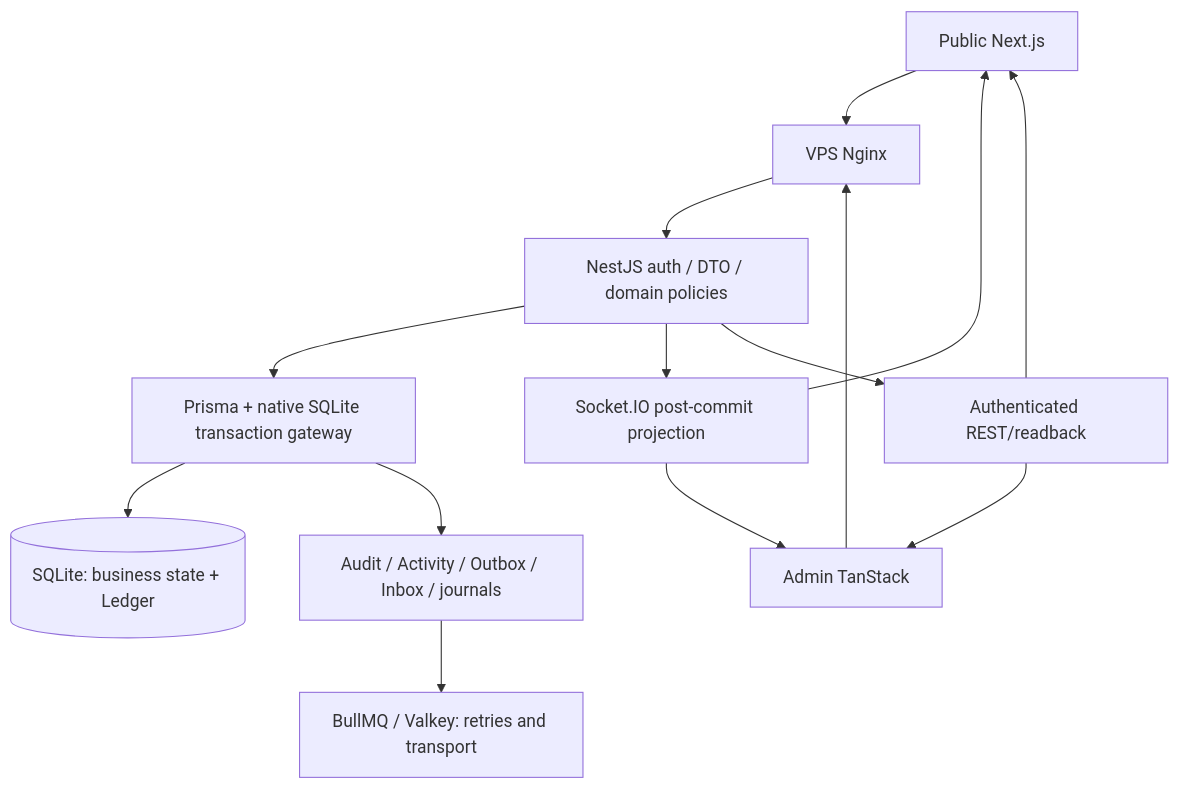
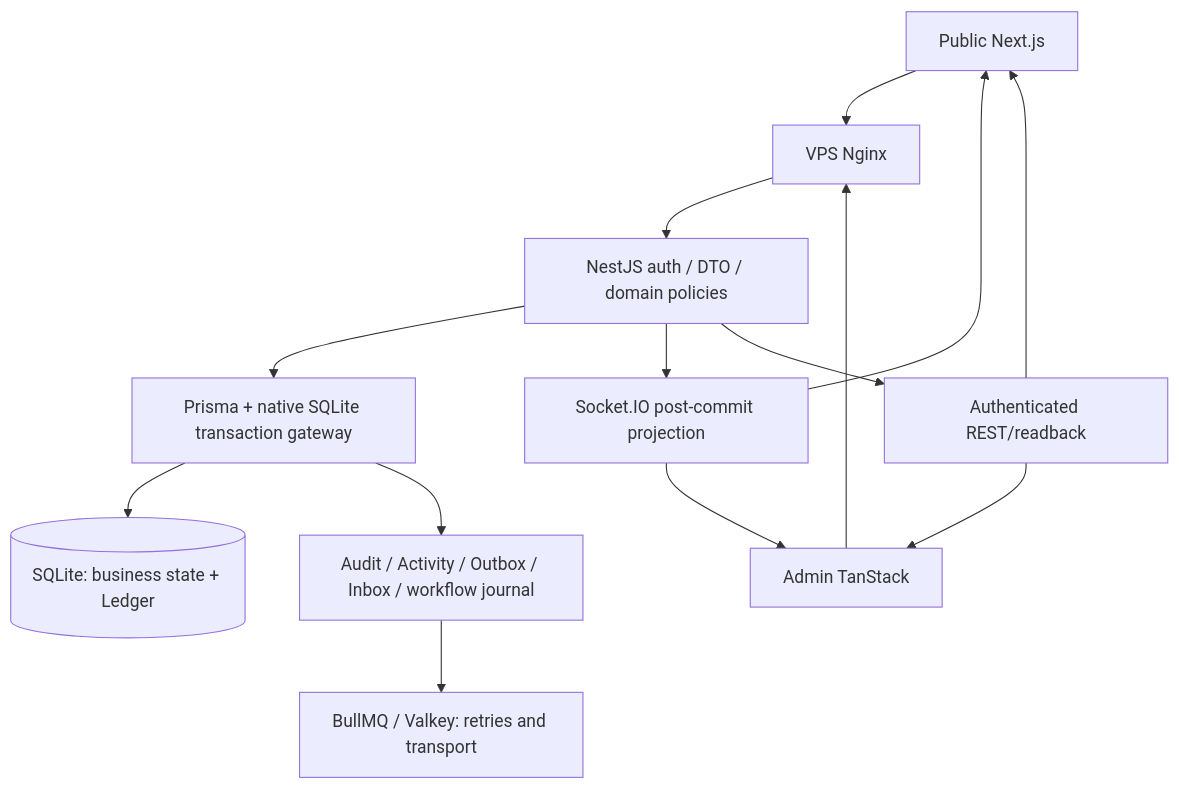
One commit to Mellonelay/Nexi changed the first of 11 diagrams in docs/architecture/NEXI_SYSTEM_ARCHITECTURE.md. Above: the diagram before and after it, drawn with Mermaid. The commit also changed other lines of this file and 6 other files, not shown here.

Commit message:
docs(nexi): reconcile product authority and source-backed architecture

````diff
--- a/docs/architecture/NEXI_SYSTEM_ARCHITECTURE.md
+++ b/docs/architecture/NEXI_SYSTEM_ARCHITECTURE.md
@@ -16,16 +36,16 @@
 ```mermaid
 flowchart TD
  P[Public Next.js] --> N[VPS Nginx]
  A[Admin TanStack] --> N
  N --> API[NestJS auth / DTO / domain policies]
  API --> TX[Prisma + native SQLite transaction gateway]
  TX --> DB[(SQLite: business state + Ledger)]
- TX --> O[Audit / Activity / Outbox / Inbox / journals]
+ TX --> O[Audit / Activity / Outbox / Inbox / workflow journal]
  O --> Q[BullMQ / Valkey: retries and transport]
  API --> WS[Socket.IO post-commit projection]
  WS --> P
  WS --> A
  API --> RD[Authenticated REST/readback]
  RD --> P
  RD --> A
 ```
````
